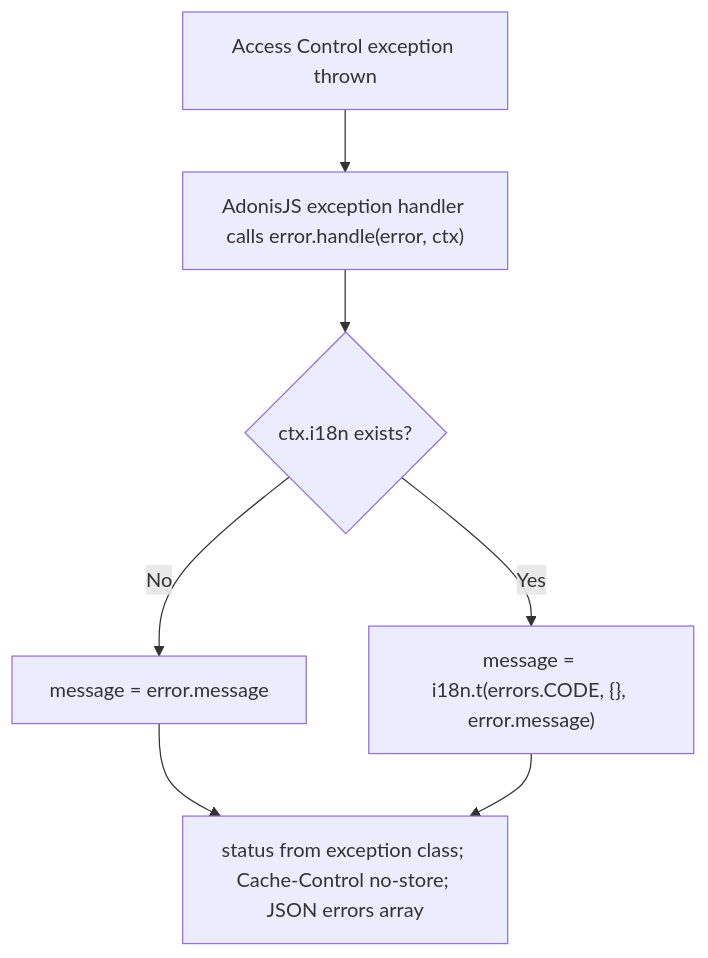
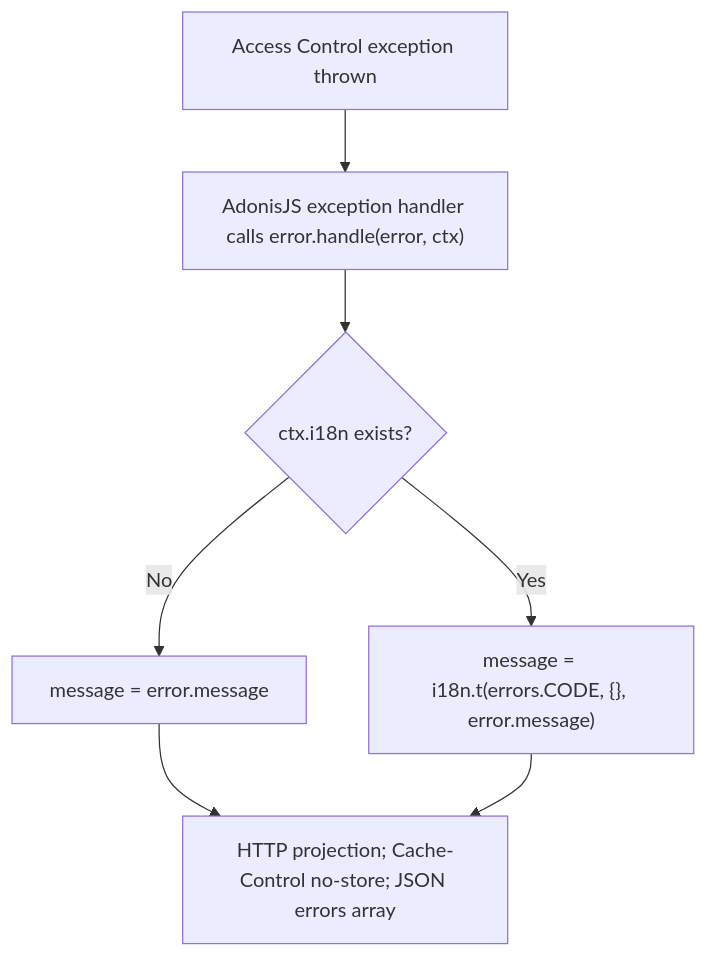
The second of 2 diagrams in user-stories/US-ACCESS-27-localize-error-responses.md (Kevinjohn/oss-adonisjs-access-control), drawn with Mermaid before and after one commit. The commit also changed other lines of this file and 42 other files, not shown here.

````diff
--- a/user-stories/US-ACCESS-27-localize-error-responses.md
+++ b/user-stories/US-ACCESS-27-localize-error-responses.md
@@ -40,9 +40,9 @@
 ```mermaid
 flowchart TD
     A["Access Control exception thrown"] --> B["AdonisJS exception handler calls error.handle(error, ctx)"]
     B --> C{"ctx.i18n exists?"}
     C -->|No| D["message = error.message"]
     C -->|Yes| E["message = i18n.t(errors.CODE, {}, error.message)"]
-    D --> F["status from exception class; Cache-Control no-store; JSON errors array"]
+    D --> F["HTTP projection; Cache-Control no-store; JSON errors array"]
     E --> F
 ```
````
